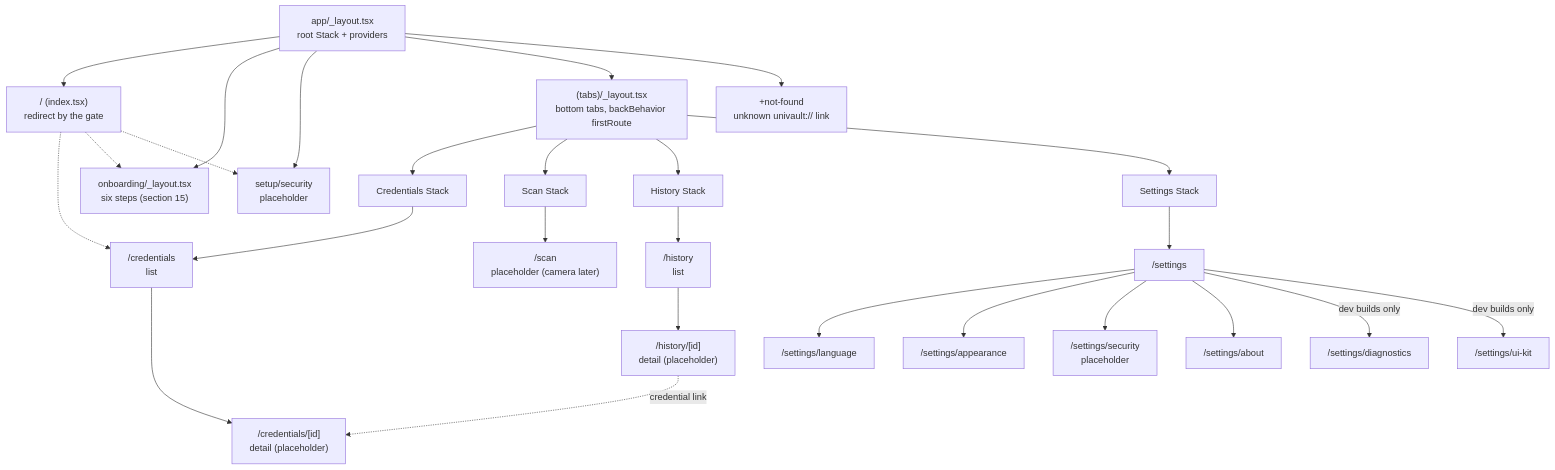
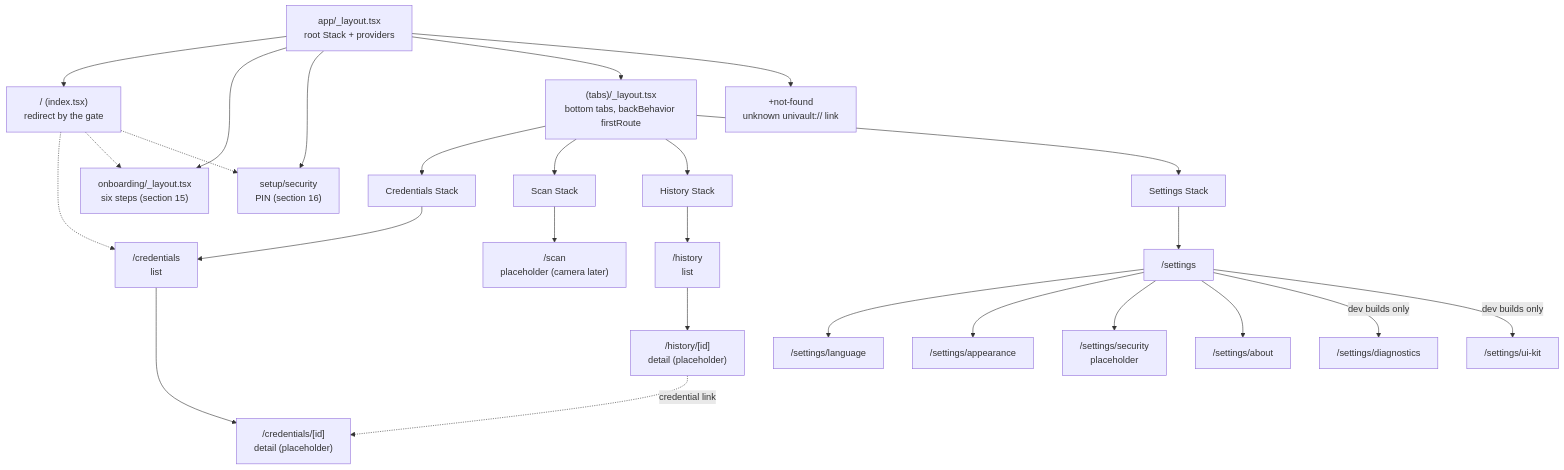
One commit to Thisathgeemal/UniVault changed the first of 3 diagrams in docs/frontend/mobile-wallet.md. Above: the diagram before and after it, drawn with Mermaid. The commit also changed other lines of this file and 73 other files, not shown here.

````diff
--- a/docs/frontend/mobile-wallet.md
+++ b/docs/frontend/mobile-wallet.md
@@ -69,28 +74,28 @@
 ```mermaid
 flowchart TD
   Root["app/_layout.tsx<br/>root Stack + providers"] --> Index["/ (index.tsx)<br/>redirect by the gate"]
   Index -.-> CL
   Index -.-> OB["onboarding/_layout.tsx<br/>six steps (section 15)"]
-  Index -.-> SU["setup/security<br/>placeholder"]
+  Index -.-> SU["setup/security<br/>PIN (section 16)"]
   Root --> OB
   Root --> SU
   Root --> Tabs["(tabs)/_layout.tsx<br/>bottom tabs, backBehavior firstRoute"]
   Root --> NF["+not-found<br/>unknown univault:// link"]
 
   Tabs --> CS["Credentials Stack"]
   Tabs --> SS["Scan Stack"]
   Tabs --> HS["History Stack"]
   Tabs --> ST["Settings Stack"]
 
   CS --> CL["/credentials<br/>list"] --> CD["/credentials/[id]<br/>detail (placeholder)"]
   SS --> SC["/scan<br/>placeholder (camera later)"]
   HS --> HL["/history<br/>list"] --> HD["/history/[id]<br/>detail (placeholder)"]
   HD -. "credential link" .-> CD
   ST --> SI["/settings"]
   SI --> LA["/settings/language"]
   SI --> AP["/settings/appearance"]
   SI --> SE["/settings/security<br/>placeholder"]
   SI --> AB["/settings/about"]
   SI -- "dev builds only" --> DI["/settings/diagnostics"]
   SI -- "dev builds only" --> UK["/settings/ui-kit"]
 ```
````
